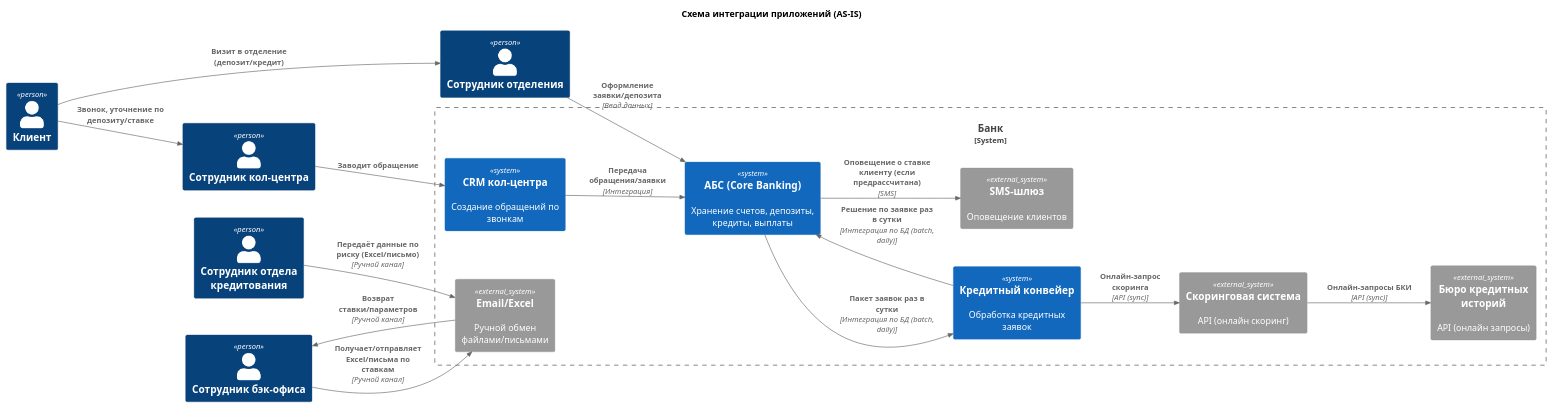
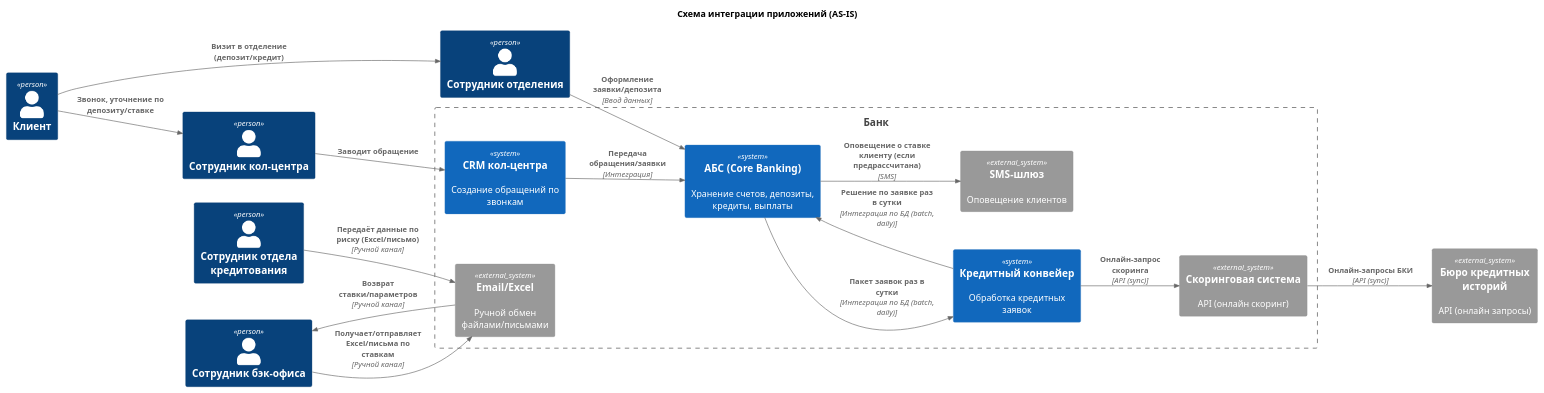
Before and after one commit to aymanstepanova/architecture-pro-standart: the diagram in Task1/process.puml, drawn with PlantUML. The commit also changed 3 other files, not shown here.

Commit message:
причесываю предыдущие схемы

```diff
--- a/Task1/process.puml
+++ b/Task1/process.puml
@@ -1,49 +1,49 @@
 @startuml
 !include https://raw.githubusercontent.com/plantuml-stdlib/C4-PlantUML/master/C4_Container.puml
 LAYOUT_LEFT_RIGHT()
 
 title Схема интеграции приложений (AS-IS)
 
 Person(customer, "Клиент")
 Person(agent, "Сотрудник кол-центра")
 Person(teller, "Сотрудник отделения")
 Person(bo, "Сотрудник бэк-офиса")
 Person(credit, "Сотрудник отдела кредитования")
 
-System_Boundary(bank, "Банк") {
+Boundary(bank, "Банк") {
   System(abs, "АБС (Core Banking)", "Хранение счетов, депозиты, кредиты, выплаты")
   System(crm, "CRM кол-центра", "Создание обращений по звонкам")
   System(queue, "Кредитный конвейер", "Обработка кредитных заявок")
   System_Ext(scoring, "Скоринговая система", "API (онлайн скоринг)")
-  System_Ext(bki, "Бюро кредитных историй", "API (онлайн запросы)")
   System_Ext(sms, "SMS-шлюз", "Оповещение клиентов")
   System_Ext(mail, "Email/Excel", "Ручной обмен файлами/письмами")
 }
+System_Ext(bki, "Бюро кредитных историй", "API (онлайн запросы)")
 
 ' Взаимодействия клиентов и сотрудников
 Rel(customer, agent, "Звонок, уточнение по депозиту/ставке")
 Rel(agent, crm, "Заводит обращение")
 Rel(crm, abs, "Передача обращения/заявки", "Интеграция")
 
 Rel(customer, teller, "Визит в отделение (депозит/кредит)")
 Rel(teller, abs, "Оформление заявки/депозита", "Ввод данных")
 
 ' Депозитный поток (ручные шаги для ставки)
 Rel(bo, mail, "Получает/отправляет Excel/письма по ставкам", "Ручной канал")
 Rel(credit, mail, "Передаёт данные по риску (Excel/письмо)", "Ручной канал")
 Rel(mail, bo, "Возврат ставки/параметров", "Ручной канал")
 Rel(abs, sms, "Оповещение о ставке клиенту (если предрассчитана)", "SMS")
 
 ' Кредитный поток
 Rel(abs, queue, "Пакет заявок раз в сутки", "Интеграция по БД (batch, daily)")
 Rel(queue, scoring, "Онлайн-запрос скоринга", "API (sync)")
 Rel(scoring, bki, "Онлайн-запросы БКИ", "API (sync)")
 Rel(queue, abs, "Решение по заявке раз в сутки", "Интеграция по БД (batch, daily)")
 
 ' Ответственности
 UpdateRelStyle(abs, sms, $textColor="black", $lineColor="#888888", $offsetX=0, $offsetY=0)
 UpdateRelStyle(abs, queue, $textColor="black", $lineColor="#888888")
 UpdateRelStyle(queue, abs, $textColor="black", $lineColor="#888888")
 UpdateRelStyle(bo, mail, $lineColor="#cc8844")
 UpdateRelStyle(credit, mail, $lineColor="#cc8844")
 @enduml
```
